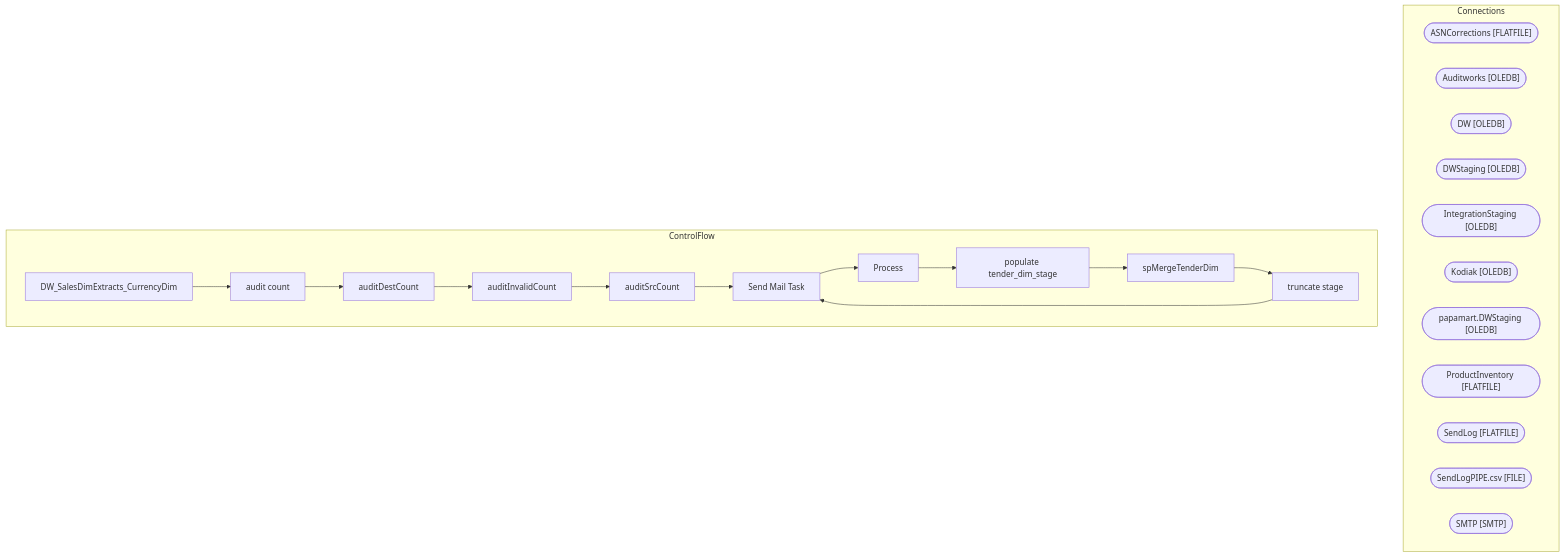
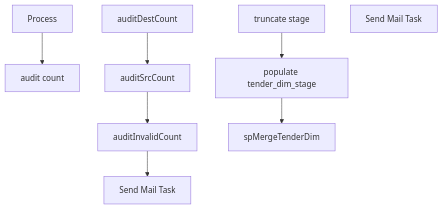
One commit to juanandresbrain/BABSkills changed the diagram in bab-docs-explorer/Documentation/STL-SSIS-P-01/SSIS/DW/DW_SalesDimExtracts_TenderDim.DW_SalesDimExtracts_TenderDim.md. Above: the diagram before and after it, drawn with Mermaid. The commit also changed other lines of this file and 273 other files, not shown here.

````diff
--- a/bab-docs-explorer/Documentation/STL-SSIS-P-01/SSIS/DW/DW_SalesDimExtracts_TenderDim.DW_SalesDimExtracts_TenderDim.md
+++ b/bab-docs-explorer/Documentation/STL-SSIS-P-01/SSIS/DW/DW_SalesDimExtracts_TenderDim.DW_SalesDimExtracts_TenderDim.md
@@ -9,39 +56,19 @@
 ```mermaid
 flowchart TD
-    subgraph Connections
-        ASNCorrections_conn(["ASNCorrections [FLATFILE]"])
-        Auditworks_conn(["Auditworks [OLEDB]"])
-        DW_conn(["DW [OLEDB]"])
-        DWStaging_conn(["DWStaging [OLEDB]"])
-        IntegrationStaging_conn(["IntegrationStaging [OLEDB]"])
-        Kodiak_conn(["Kodiak [OLEDB]"])
-        papamart_DWStaging_conn(["papamart.DWStaging [OLEDB]"])
-        ProductInventory_conn(["ProductInventory [FLATFILE]"])
-        SendLog_conn(["SendLog [FLATFILE]"])
-        SendLogPIPE_csv_conn(["SendLogPIPE.csv [FILE]"])
-        SMTP_conn(["SMTP [SMTP]"])
-    end
-    subgraph ControlFlow
-        DW_SalesDimExtracts_CurrencyDim_task["DW_SalesDimExtracts_CurrencyDim"]
-        audit_count_task["audit count"]
-        DW_SalesDimExtracts_CurrencyDim_task --> audit_count_task
-        auditDestCount_task["auditDestCount"]
-        audit_count_task --> auditDestCount_task
-        auditInvalidCount_task["auditInvalidCount"]
-        auditDestCount_task --> auditInvalidCount_task
-        auditSrcCount_task["auditSrcCount"]
-        auditInvalidCount_task --> auditSrcCount_task
-        Send_Mail_Task_task["Send Mail Task"]
-        auditSrcCount_task --> Send_Mail_Task_task
-        Process_task["Process"]
-        Send_Mail_Task_task --> Process_task
-        populate_tender_dim_stage_task["populate tender_dim_stage"]
-        Process_task --> populate_tender_dim_stage_task
-        spMergeTenderDim_task["spMergeTenderDim"]
-        populate_tender_dim_stage_task --> spMergeTenderDim_task
-        truncate_stage_task["truncate stage"]
-        spMergeTenderDim_task --> truncate_stage_task
-        Send_Mail_Task_task["Send Mail Task"]
-        truncate_stage_task --> Send_Mail_Task_task
-    end
+    n_Package_audit_count["audit count"]
+    n_Package_audit_count_auditDestCount["auditDestCount"]
+    n_Package_audit_count_auditInvalidCount["auditInvalidCount"]
+    n_Package_audit_count_auditSrcCount["auditSrcCount"]
+    n_Package_audit_count_Send_Mail_Task["Send Mail Task"]
+    n_Package_Process["Process"]
+    n_Package_Process_populate_tender_dim_stage["populate tender_dim_stage"]
+    n_Package_Process_spMergeTenderDim["spMergeTenderDim"]
+    n_Package_Process_truncate_stage["truncate stage"]
+    n_Package_EventHandlers_OnError__Send_Mail_Task["Send Mail Task"]
+    n_Package_audit_count_auditDestCount --> n_Package_audit_count_auditSrcCount
+    n_Package_audit_count_auditSrcCount --> n_Package_audit_count_auditInvalidCount
+    n_Package_audit_count_auditInvalidCount --> n_Package_audit_count_Send_Mail_Task
+    n_Package_Process_truncate_stage --> n_Package_Process_populate_tender_dim_stage
+    n_Package_Process_populate_tender_dim_stage --> n_Package_Process_spMergeTenderDim
+    n_Package_Process --> n_Package_audit_count
 ```
````
